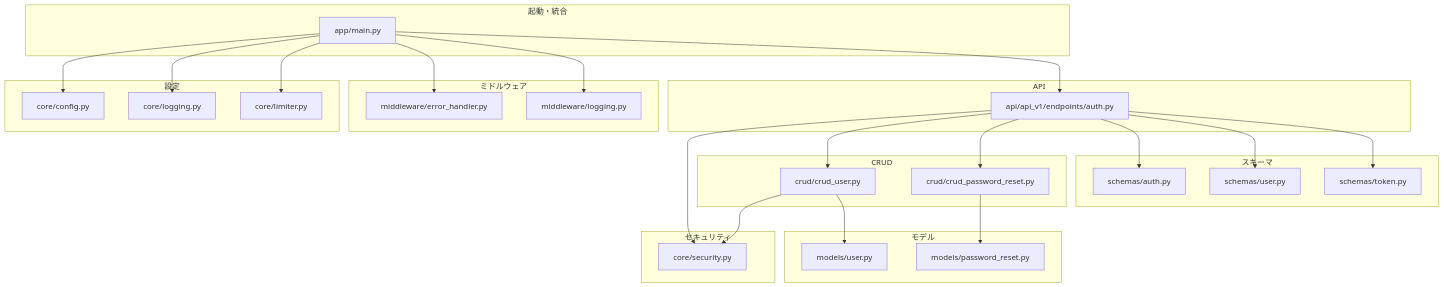
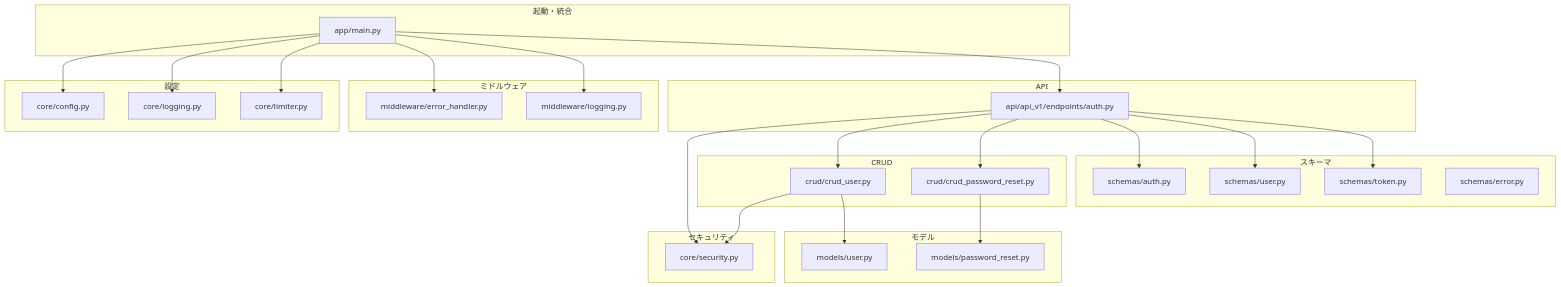
The first of 10 diagrams in .qoder/repowiki/ja/content/セキュリティ対策/セキュリティ対策.md (ss8806/Todos), drawn with Mermaid before and after one commit. The commit also changed other lines of this file and 4 other files, not shown here.

````diff
--- a/.qoder/repowiki/ja/content/セキュリティ対策/セキュリティ対策.md
+++ b/.qoder/repowiki/ja/content/セキュリティ対策/セキュリティ対策.md
@@ -54,49 +62,50 @@
 ```mermaid
 graph TB
 subgraph "起動・統合"
 MAIN["app/main.py"]
 end
 subgraph "設定"
 CFG["core/config.py"]
 LOGCFG["core/logging.py"]
 LIMCFG["core/limiter.py"]
 end
 subgraph "セキュリティ"
 SEC["core/security.py"]
 end
 subgraph "ミドルウェア"
 ERRMW["middleware/error_handler.py"]
 LOGMW["middleware/logging.py"]
 end
 subgraph "API"
 AUTH["api/api_v1/endpoints/auth.py"]
 end
 subgraph "スキーマ"
 SCHEMA_AUTH["schemas/auth.py"]
 SCHEMA_USER["schemas/user.py"]
 SCHEMA_TOKEN["schemas/token.py"]
+SCHEMA_ERROR["schemas/error.py"]
 end
 subgraph "CRUD"
 CRUD_USER["crud/crud_user.py"]
 CRUD_PASS["crud/crud_password_reset.py"]
 end
 subgraph "モデル"
 MODEL_USER["models/user.py"]
 MODEL_PASS["models/password_reset.py"]
 end
 MAIN --> CFG
 MAIN --> LOGCFG
 MAIN --> LIMCFG
 MAIN --> ERRMW
 MAIN --> LOGMW
 MAIN --> AUTH
 AUTH --> SEC
 AUTH --> CRUD_USER
 AUTH --> CRUD_PASS
 AUTH --> SCHEMA_AUTH
 AUTH --> SCHEMA_USER
 AUTH --> SCHEMA_TOKEN
 CRUD_USER --> SEC
 CRUD_USER --> MODEL_USER
 CRUD_PASS --> MODEL_PASS
 ```
````
